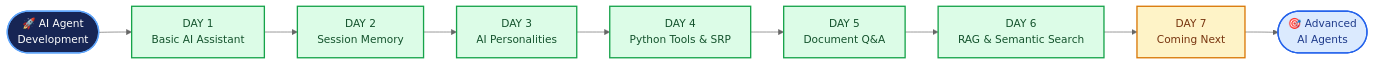
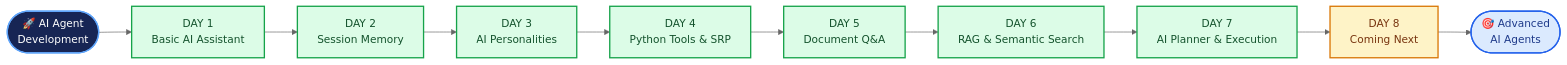
One commit to mdaamir6870/ai-agent-development changed the diagram in README.md. Above: the diagram before and after it, drawn with Mermaid (neutral theme). The commit also changed other lines of this file, not shown here.

````diff
--- a/README.md
+++ b/README.md
@@ -114,31 +131,33 @@
 ```mermaid
 flowchart LR
     START(["🚀 AI Agent<br/>Development"])
     D1["DAY 1<br/>Basic AI Assistant"]
     D2["DAY 2<br/>Session Memory"]
     D3["DAY 3<br/>AI Personalities"]
     D4["DAY 4<br/>Python Tools & SRP"]
     D5["DAY 5<br/>Document Q&A"]
     D6["DAY 6<br/>RAG & Semantic Search"]
-    NEXT["DAY 7<br/>Coming Next"]
+    D7["DAY 7<br/>AI Planner & Execution"]
+    NEXT["DAY 8<br/>Coming Next"]
     GOAL(["🎯 Advanced<br/>AI Agents"])
 
-    START --> D1 --> D2 --> D3 --> D4 --> D5 --> D6 --> NEXT --> GOAL
+    START --> D1 --> D2 --> D3 --> D4 --> D5 --> D6 --> D7 --> NEXT --> GOAL
 
     click D1 "./Day-1/README.md" "Explore Day 1"
     click D2 "./Day-2/README.md" "Explore Day 2"
     click D3 "./Day-3/README.md" "Explore Day 3"
     click D4 "./Day-4/README.md" "Explore Day 4"
     click D5 "./Day-5/README.md" "Explore Day 5"
     click D6 "./Day-6/README.md" "Explore Day 6"
+    click D7 "./Day-7/README.md" "Explore Day 7"
 
     classDef start fill:#172554,stroke:#60a5fa,color:#ffffff,stroke-width:2px
     classDef completed fill:#dcfce7,stroke:#16a34a,color:#14532d,stroke-width:2px
     classDef upcoming fill:#fef3c7,stroke:#d97706,color:#78350f,stroke-width:2px
     classDef future fill:#dbeafe,stroke:#2563eb,color:#1e3a8a,stroke-width:2px
 
     class START start
-    class D1,D2,D3,D4,D5,D6 completed
+    class D1,D2,D3,D4,D5,D6,D7 completed
     class NEXT upcoming
     class GOAL future
 ```
````
